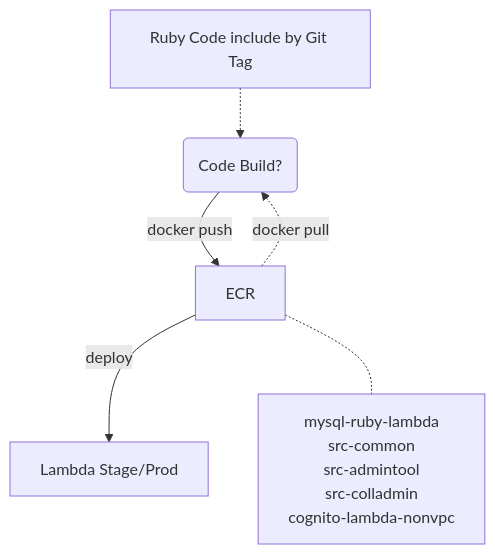
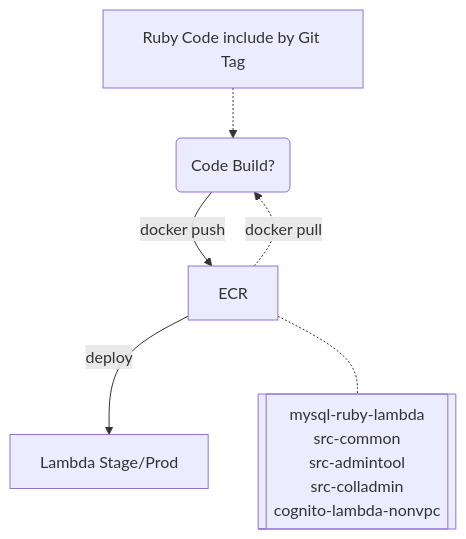
Before and after one commit to CDLUC3/mrt-doc: the ninth of 13 diagrams in design/aws-build/README.md, drawn with Mermaid. The commit also changed other lines of this file, not shown here.

````diff
--- a/design/aws-build/README.md
+++ b/design/aws-build/README.md
@@ -226,18 +226,18 @@
 ```mermaid
 graph TD
   Build(Code Build?)
   Build --> |docker push| ECR
   ECR --> |deploy| Lambda
   ECR -.-> |docker pull| Build
   Lambda[Lambda Stage/Prod]
   Gems[Ruby Code include by Git Tag]
   Gems -.-> Build
   ECR -.- Images
-  Images["`
+  Images[["`
     mysql-ruby-lambda
     src-common
     src-admintool
     src-colladmin
     cognito-lambda-nonvpc
-  `"]
+  `"]]
 ```
````
